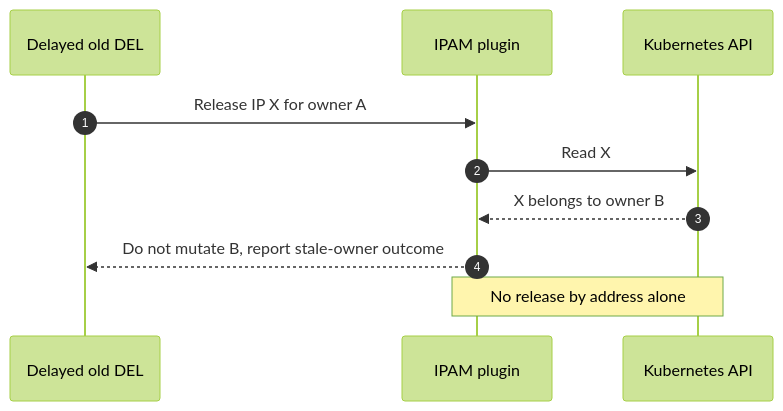
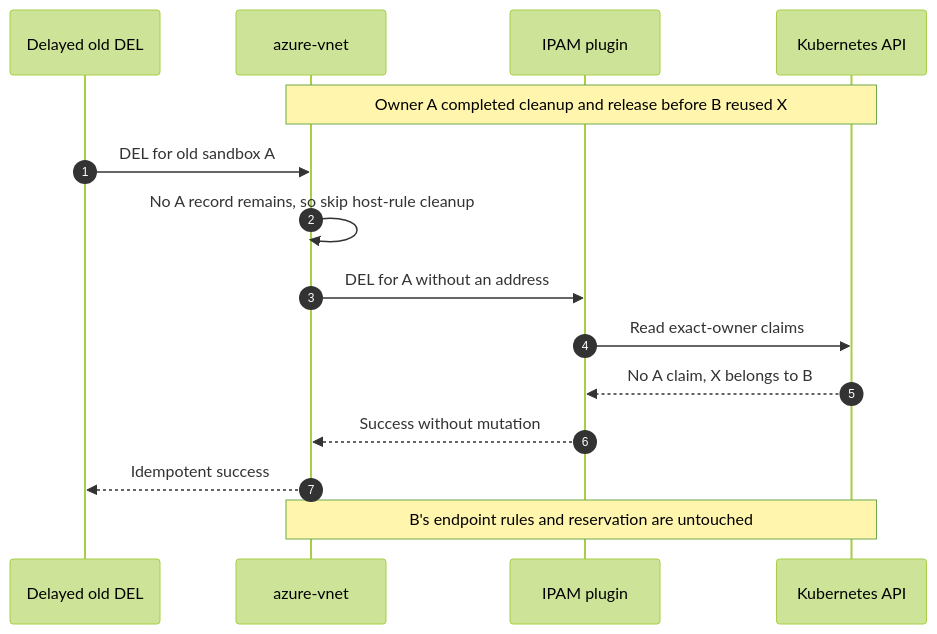
Diagram 19 of 52 in docs/cilium-operator-ipam.md (Azure/azure-container-networking), drawn with Mermaid (forest theme) before and after one commit. The commit also changed other lines of this file, not shown here.

First line of the commit message:
Define missing-state DEL recovery

````diff
--- a/docs/cilium-operator-ipam.md
+++ b/docs/cilium-operator-ipam.md
@@ -905,12 +964,17 @@
 ```mermaid
 sequenceDiagram
     autonumber
     participant D as Delayed old DEL
+    participant C as azure-vnet
     participant I as IPAM plugin
     participant K as Kubernetes API
-    D->>I: Release IP X for owner A
-    I->>K: Read X
-    K-->>I: X belongs to owner B
-    I-->>D: Do not mutate B, report stale-owner outcome
-    Note over I,K: No release by address alone
+    Note over C,K: Owner A completed cleanup and release before B reused X
+    D->>C: DEL for old sandbox A
+    C->>C: No A record remains, so skip host-rule cleanup
+    C->>I: DEL for A without an address
+    I->>K: Read exact-owner claims
+    K-->>I: No A claim, X belongs to B
+    I-->>C: Success without mutation
+    C-->>D: Idempotent success
+    Note over C,K: B's endpoint rules and reservation are untouched
 ```
````
